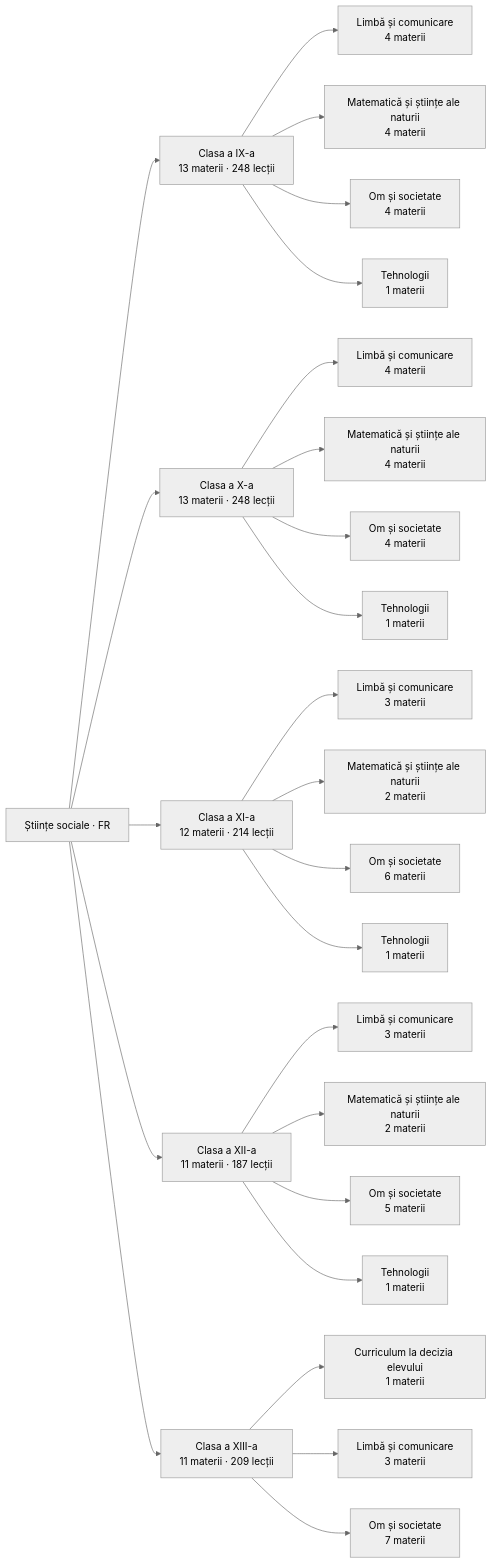
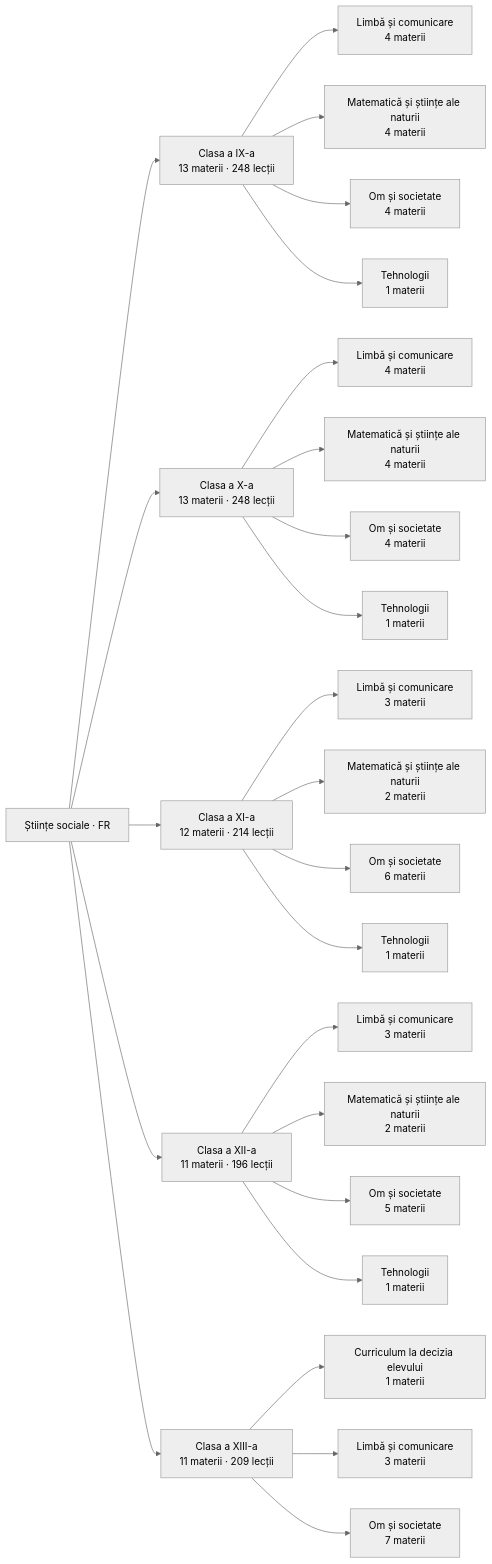
One commit to almeueste777-ops/Stiinte01 changed the diagram in vault/Hartă de învățare.md. Above: the diagram before and after it, drawn with Mermaid (neutral theme). The commit also changed other lines of this file and 24 other files, not shown here.

Commit message:
Graphify: regenerez vault-ul Obsidian din date

````diff
--- a/vault/Hartă de învățare.md
+++ b/vault/Hartă de învățare.md
@@ -10,52 +10,52 @@
 ```mermaid
 graph LR
   P["Științe sociale · FR"]
   C0["Clasa a IX-a<br/>13 materii · 248 lecții"]
   P --> C0
   A0_0["Limbă și comunicare<br/>4 materii"]
   C0 --> A0_0
   A0_1["Matematică și științe ale naturii<br/>4 materii"]
   C0 --> A0_1
   A0_2["Om și societate<br/>4 materii"]
   C0 --> A0_2
   A0_3["Tehnologii<br/>1 materii"]
   C0 --> A0_3
   C1["Clasa a X-a<br/>13 materii · 248 lecții"]
   P --> C1
   A1_0["Limbă și comunicare<br/>4 materii"]
   C1 --> A1_0
   A1_1["Matematică și științe ale naturii<br/>4 materii"]
   C1 --> A1_1
   A1_2["Om și societate<br/>4 materii"]
   C1 --> A1_2
   A1_3["Tehnologii<br/>1 materii"]
   C1 --> A1_3
   C2["Clasa a XI-a<br/>12 materii · 214 lecții"]
   P --> C2
   A2_0["Limbă și comunicare<br/>3 materii"]
   C2 --> A2_0
   A2_1["Matematică și științe ale naturii<br/>2 materii"]
   C2 --> A2_1
   A2_2["Om și societate<br/>6 materii"]
   C2 --> A2_2
   A2_3["Tehnologii<br/>1 materii"]
   C2 --> A2_3
-  C3["Clasa a XII-a<br/>11 materii · 187 lecții"]
+  C3["Clasa a XII-a<br/>11 materii · 196 lecții"]
   P --> C3
   A3_0["Limbă și comunicare<br/>3 materii"]
   C3 --> A3_0
   A3_1["Matematică și științe ale naturii<br/>2 materii"]
   C3 --> A3_1
   A3_2["Om și societate<br/>5 materii"]
   C3 --> A3_2
   A3_3["Tehnologii<br/>1 materii"]
   C3 --> A3_3
   C4["Clasa a XIII-a<br/>11 materii · 209 lecții"]
   P --> C4
   A4_0["Curriculum la decizia elevului<br/>1 materii"]
   C4 --> A4_0
   A4_1["Limbă și comunicare<br/>3 materii"]
   C4 --> A4_1
   A4_2["Om și societate<br/>7 materii"]
   C4 --> A4_2
 ```
````
